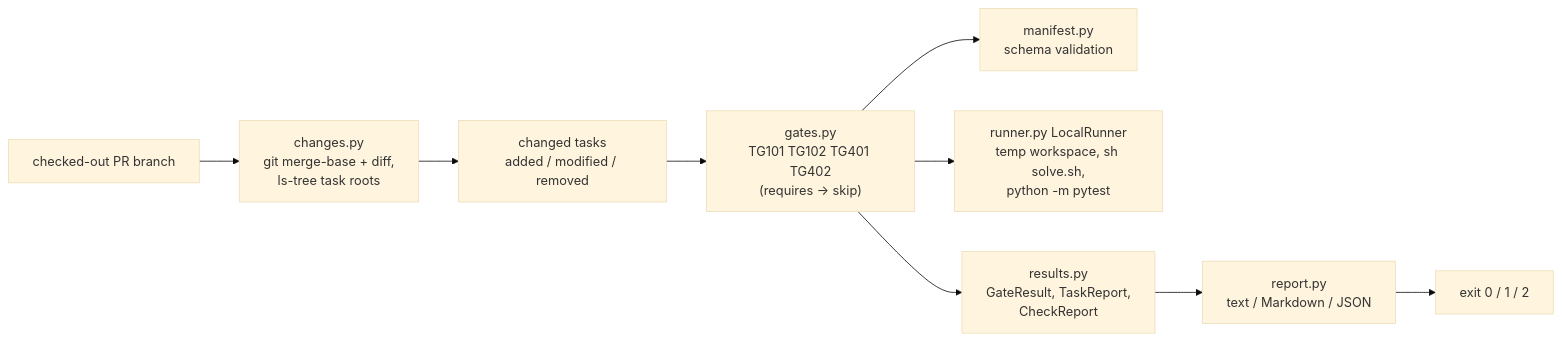
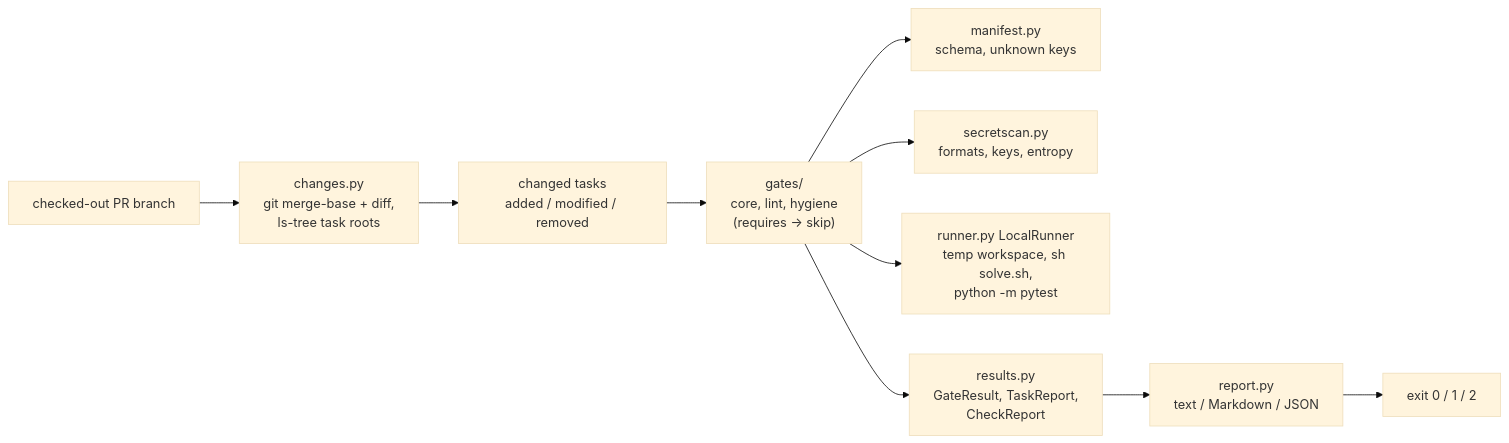
The diagram in README.md (vipul21435/taskgate), drawn with Mermaid (base theme) before and after one commit. The commit also changed other lines of this file and 1 other file, not shown here.

First line of the commit message:
docs: document the static gates with real output and tick slice 1 in PLAN.md

````diff
--- a/README.md
+++ b/README.md
@@ -150,11 +244,12 @@
 ```mermaid
 flowchart LR
     PR["checked-out PR branch"] --> CH["changes.py<br/>git merge-base + diff,<br/>ls-tree task roots"]
     CH --> TASKS["changed tasks<br/>added / modified / removed"]
-    TASKS --> GATES["gates.py<br/>TG101 TG102 TG401 TG402<br/>(requires -> skip)"]
-    GATES --> MAN["manifest.py<br/>schema validation"]
+    TASKS --> GATES["gates/<br/>core, lint, hygiene<br/>(requires -> skip)"]
+    GATES --> MAN["manifest.py<br/>schema, unknown keys"]
+    GATES --> SEC["secretscan.py<br/>formats, keys, entropy"]
     GATES --> RUN["runner.py LocalRunner<br/>temp workspace, sh solve.sh,<br/>python -m pytest"]
     GATES --> RES["results.py<br/>GateResult, TaskReport,<br/>CheckReport"]
     RES --> REP["report.py<br/>text / Markdown / JSON"]
     REP --> EXIT["exit 0 / 1 / 2"]
 ```
````
